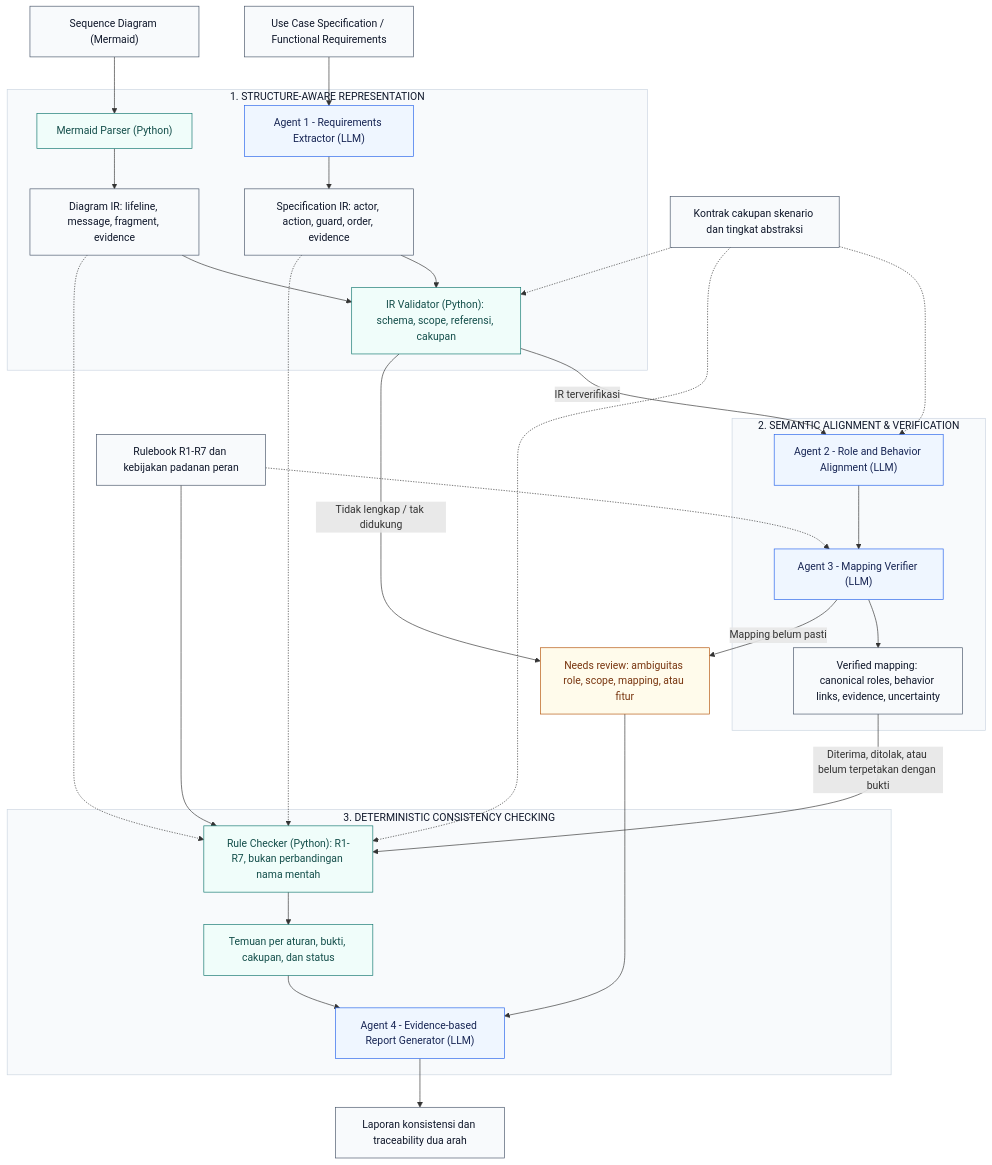
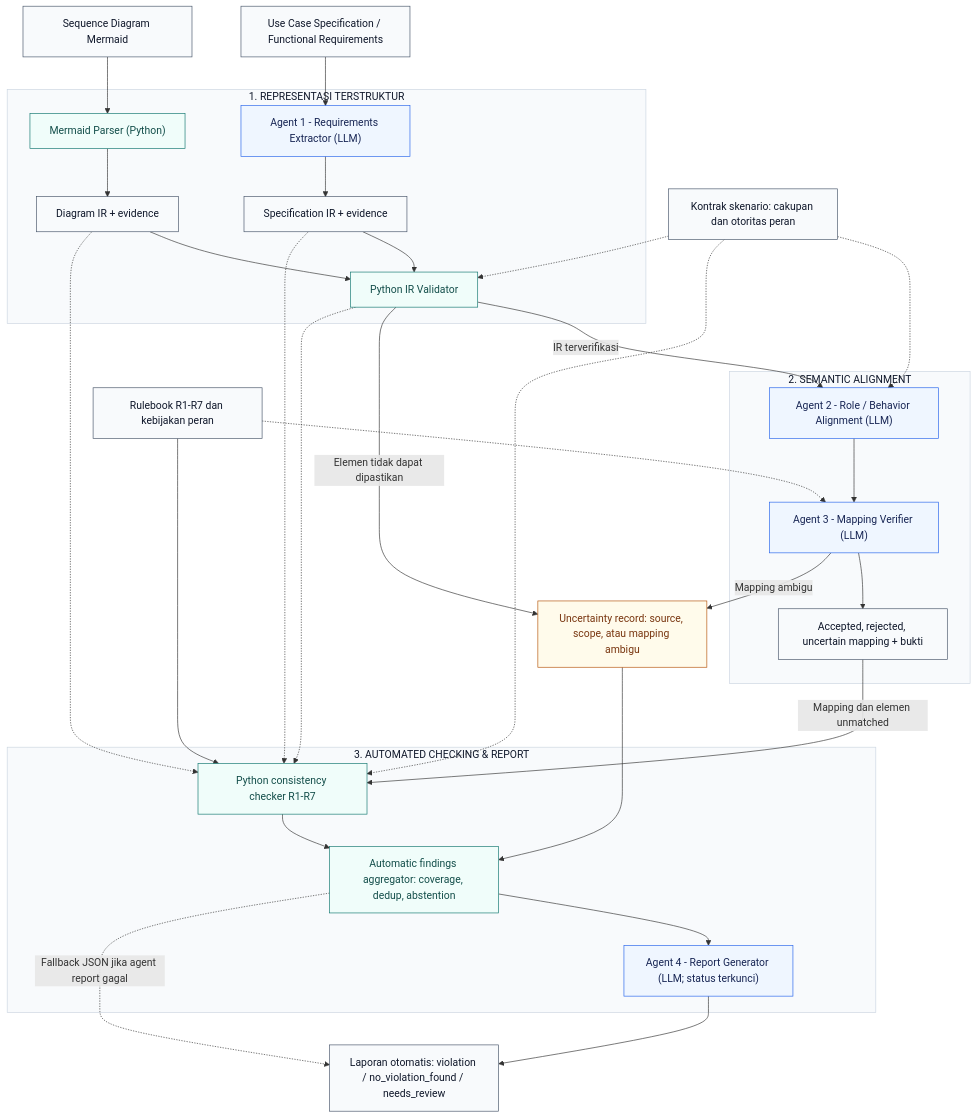
Before and after one commit to RizdkyOktaviari/final-project-thesis: the diagram in data/architecture/01-system-architecture.mmd, drawn with Mermaid. The commit also changed 5 other files, not shown here.

First line of the commit message:
docs(thesis): make consistency pipeline fully automated

```diff
--- a/data/architecture/01-system-architecture.mmd
+++ b/data/architecture/01-system-architecture.mmd
@@ -1,60 +1,59 @@
 flowchart TB
     FR["Use Case Specification / Functional Requirements"]
-    SD["Sequence Diagram (Mermaid)"]
-    SCOPE["Kontrak cakupan skenario dan tingkat abstraksi"]
-    RULEBOOK["Rulebook R1-R7 dan kebijakan padanan peran"]
+    SD["Sequence Diagram Mermaid"]
+    SCOPE["Kontrak skenario: cakupan dan otoritas peran"]
+    RULES["Rulebook R1-R7 dan kebijakan peran"]
 
-    subgraph REP["1. STRUCTURE-AWARE REPRESENTATION"]
+    subgraph REP["1. REPRESENTASI TERSTRUKTUR"]
         A1["Agent 1 - Requirements Extractor (LLM)"]
         P1["Mermaid Parser (Python)"]
-        SIR["Specification IR: actor, action, guard, order, evidence"]
-        DIR["Diagram IR: lifeline, message, fragment, evidence"]
-        V1["IR Validator (Python): schema, scope, referensi, cakupan"]
-        A1 --> SIR --> V1
-        P1 --> DIR --> V1
+        SI["Specification IR + evidence"]
+        DI["Diagram IR + evidence"]
+        V["Python IR Validator"]
+        A1 --> SI --> V
+        P1 --> DI --> V
+    end
+    subgraph ALIGN["2. SEMANTIC ALIGNMENT"]
+        A2["Agent 2 - Role / Behavior Alignment (LLM)"]
+        A3["Agent 3 - Mapping Verifier (LLM)"]
+        MAP["Accepted, rejected, uncertain mapping + bukti"]
+        A2 --> A3 --> MAP
+    end
+    subgraph CHECK["3. AUTOMATED CHECKING & REPORT"]
+        C["Python consistency checker R1-R7"]
+        AG["Automatic findings aggregator: coverage, dedup, abstention"]
+        A4["Agent 4 - Report Generator (LLM; status terkunci)"]
+        C --> AG --> A4
     end
 
-    subgraph ALIGN["2. SEMANTIC ALIGNMENT & VERIFICATION"]
-        A2["Agent 2 - Role and Behavior Alignment (LLM)"]
-        A3["Agent 3 - Mapping Verifier (LLM)"]
-        MAP["Verified mapping: canonical roles, behavior links, evidence, uncertainty"]
-        A2 --> A3 --> MAP
-    end
-
-    subgraph CHECK["3. DETERMINISTIC CONSISTENCY CHECKING"]
-        PY["Rule Checker (Python): R1-R7, bukan perbandingan nama mentah"]
-        FIND["Temuan per aturan, bukti, cakupan, dan status"]
-        A4["Agent 4 - Evidence-based Report Generator (LLM)"]
-        PY --> FIND --> A4
-    end
-
-    REVIEW["Needs review: ambiguitas role, scope, mapping, atau fitur"]
-    REPORT["Laporan konsistensi dan traceability dua arah"]
-
+    U["Uncertainty record: source, scope, atau mapping ambigu"]
+    REPORT["Laporan otomatis: violation / no_violation_found / needs_review"]
     FR --> A1
     SD --> P1
-    SCOPE -.-> V1
+    SCOPE -.-> V
     SCOPE -.-> A2
-    SCOPE -.-> PY
-    RULEBOOK -.-> A3
-    RULEBOOK --> PY
-    V1 -->|IR terverifikasi| A2
-    V1 -->|Tidak lengkap / tak didukung| REVIEW
-    A3 -->|Mapping belum pasti| REVIEW
-    MAP -->|Diterima, ditolak, atau belum terpetakan dengan bukti| PY
-    SIR -.-> PY
-    DIR -.-> PY
-    REVIEW --> A4
+    SCOPE -.-> C
+    RULES --> C
+    RULES -.-> A3
+    V -->|IR terverifikasi| A2
+    V -->|Elemen tidak dapat dipastikan| U
+    A3 -->|Mapping ambigu| U
+    MAP -->|Mapping dan elemen unmatched| C
+    SI -.-> C
+    DI -.-> C
+    V -.-> C
+    U --> AG
     A4 --> REPORT
+    AG -.->|Fallback JSON jika agent report gagal| REPORT
 
     classDef input fill:#f8fafc,stroke:#475569,color:#0f172a
     classDef agent fill:#eff6ff,stroke:#2563eb,color:#172554
     classDef python fill:#f0fdfa,stroke:#0f766e,color:#134e4a
-    classDef review fill:#fffbeb,stroke:#b45309,color:#78350f
-    class FR,SD,SCOPE,RULEBOOK,SIR,DIR,MAP,REPORT input
+    classDef uncertain fill:#fffbeb,stroke:#b45309,color:#78350f
+    class FR,SD,SCOPE,RULES,SI,DI,MAP,REPORT input
     class A1,A2,A3,A4 agent
-    class P1,V1,PY,FIND python
-    class REVIEW review
+    class P1,V,C,AG python
+    class U uncertain
     style REP fill:#f8fafc,stroke:#cbd5e1,color:#0f172a
     style ALIGN fill:#f8fafc,stroke:#cbd5e1,color:#0f172a
     style CHECK fill:#f8fafc,stroke:#cbd5e1,color:#0f172a
```
